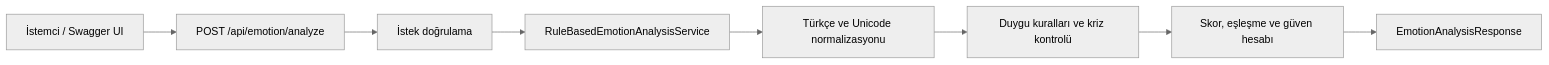
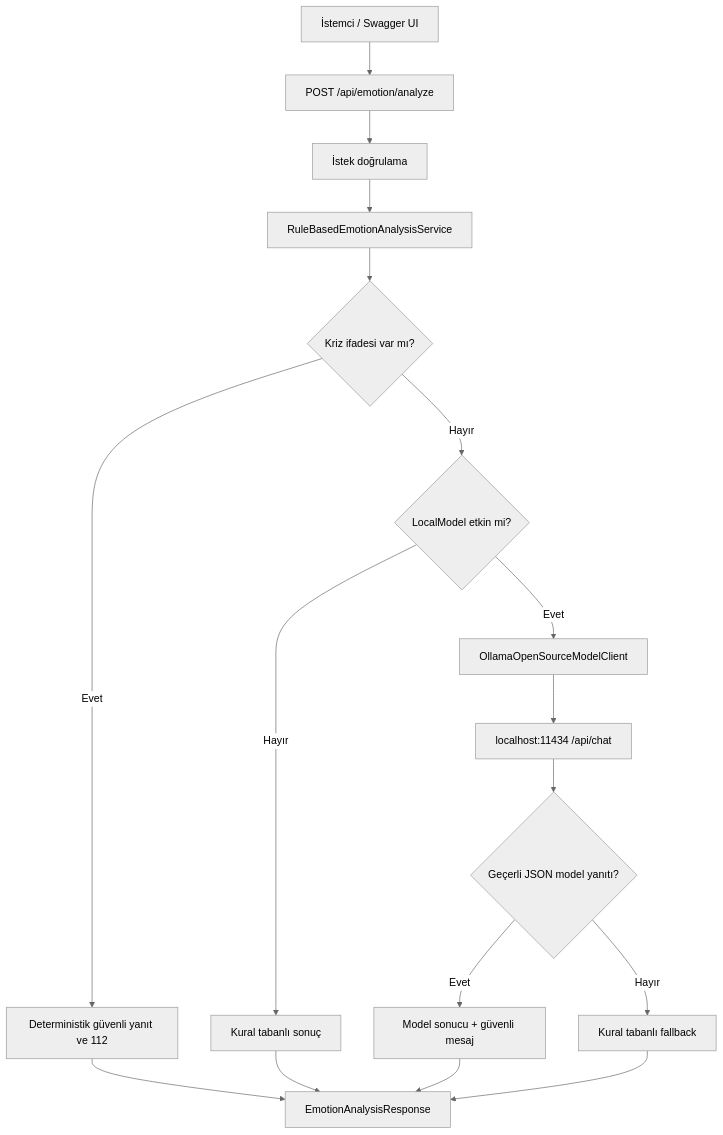
Before and after one commit to petrofi/darklove-local-ai-module: the diagram in docs/architecture.md, drawn with Mermaid (neutral theme). The commit also changed other lines of this file and 26 other files, not shown here.

Commit message:
Add local open-source model integration

````diff
--- a/docs/architecture.md
+++ b/docs/architecture.md
@@ -9,10 +9,19 @@
 ```mermaid
-flowchart LR
+flowchart TD
     A["İstemci / Swagger UI"] --> B["POST /api/emotion/analyze"]
     B --> C["İstek doğrulama"]
     C --> D["RuleBasedEmotionAnalysisService"]
-    D --> E["Türkçe ve Unicode normalizasyonu"]
-    E --> F["Duygu kuralları ve kriz kontrolü"]
-    F --> G["Skor, eşleşme ve güven hesabı"]
-    G --> H["EmotionAnalysisResponse"]
+    D --> E{"Kriz ifadesi var mı?"}
+    E -- Evet --> F["Deterministik güvenli yanıt ve 112"]
+    E -- Hayır --> G{"LocalModel etkin mi?"}
+    G -- Hayır --> H["Kural tabanlı sonuç"]
+    G -- Evet --> I["OllamaOpenSourceModelClient"]
+    I --> J["localhost:11434 /api/chat"]
+    J --> K{"Geçerli JSON model yanıtı?"}
+    K -- Evet --> L["Model sonucu + güvenli mesaj"]
+    K -- Hayır --> M["Kural tabanlı fallback"]
+    F --> N["EmotionAnalysisResponse"]
+    H --> N
+    L --> N
+    M --> N
 ```
````
